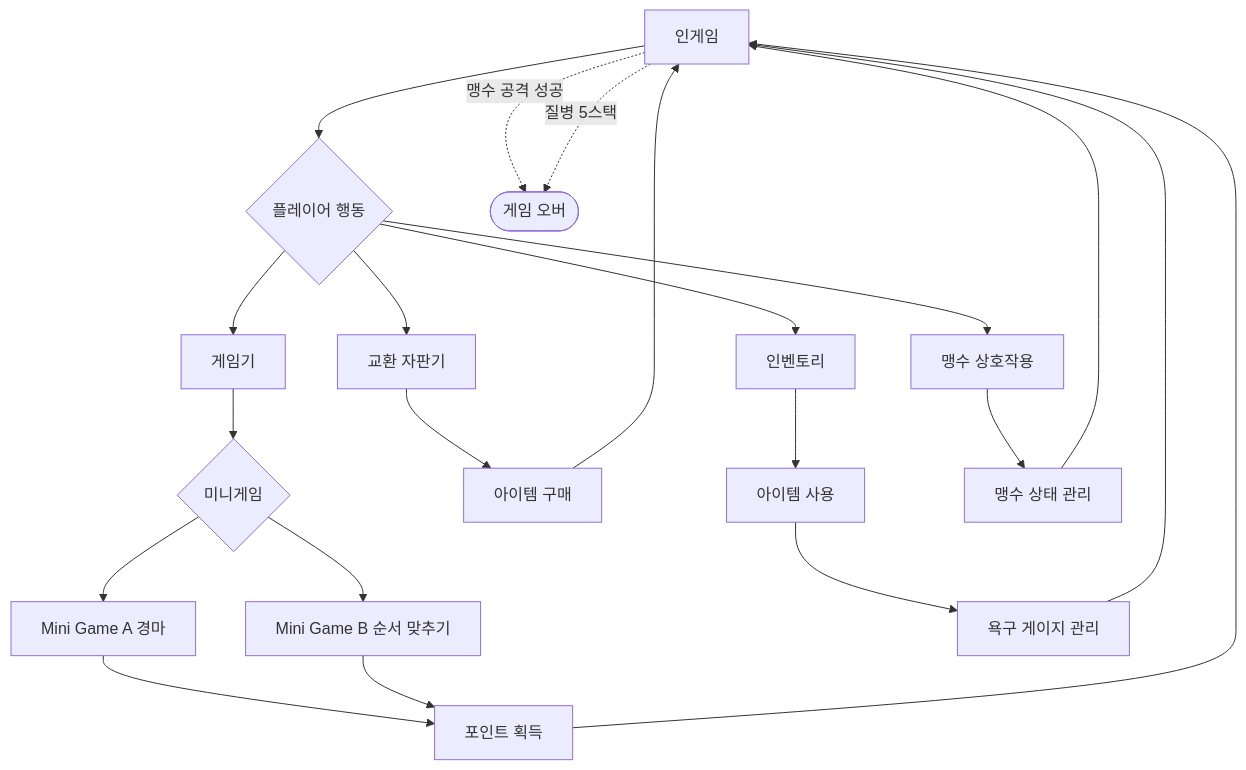
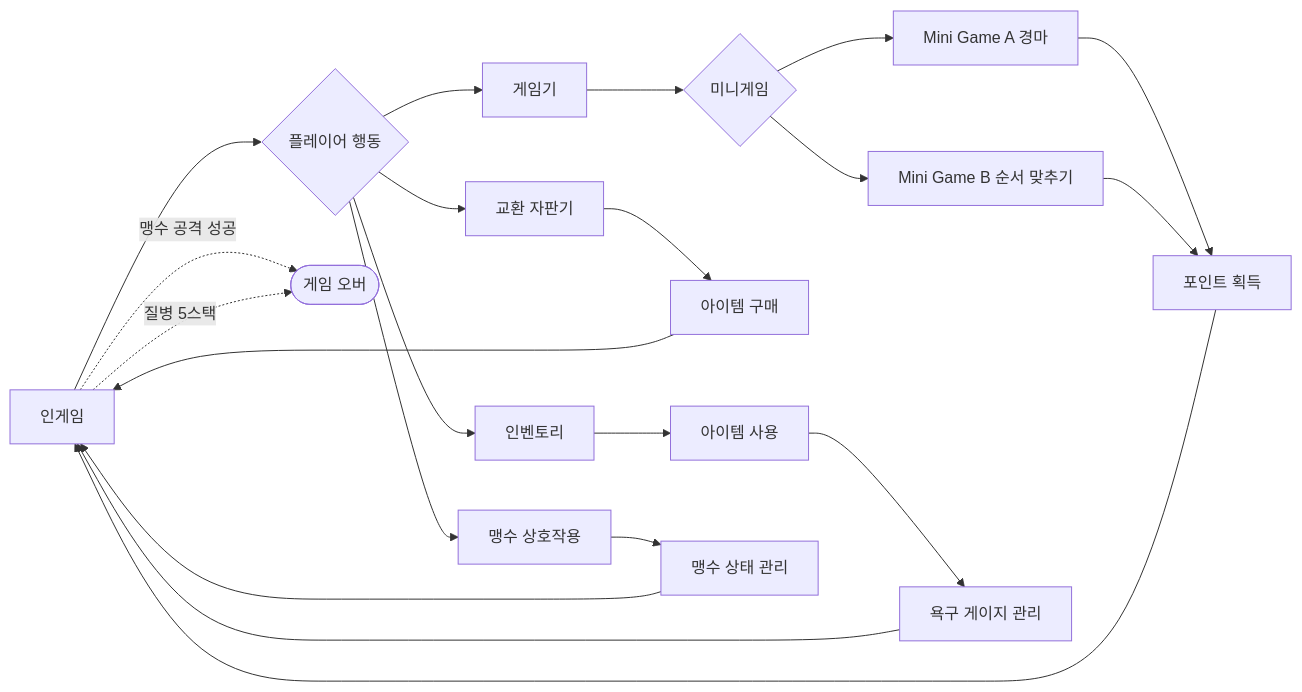
One commit to BaekShyoun/portfolio-test changed the first of 3 diagrams in src/Observed/기술문서.md. Above: the diagram before and after it, drawn with Mermaid. The commit also changed other lines of this file and 5 other files, not shown here.

````diff
--- a/src/Observed/기술문서.md
+++ b/src/Observed/기술문서.md
@@ -64,13 +72,13 @@
 ```mermaid
-flowchart TD
+flowchart LR
     D[인게임] --> E{플레이어 행동}
     E --> F[게임기] --> J{미니게임}
     J --> JA[Mini Game A 경마] --> K[포인트 획득]
     J --> JB[Mini Game B 순서 맞추기] --> K
     K --> D
     E --> G[교환 자판기] --> L[아이템 구매] --> D
     E --> H[인벤토리] --> M[아이템 사용] --> N[욕구 게이지 관리] --> D
     E --> I[맹수 상호작용] --> O[맹수 상태 관리] --> D
     D -. "맹수 공격 성공" .-> P([게임 오버])
     D -. "질병 5스택" .-> P
 ```
````
